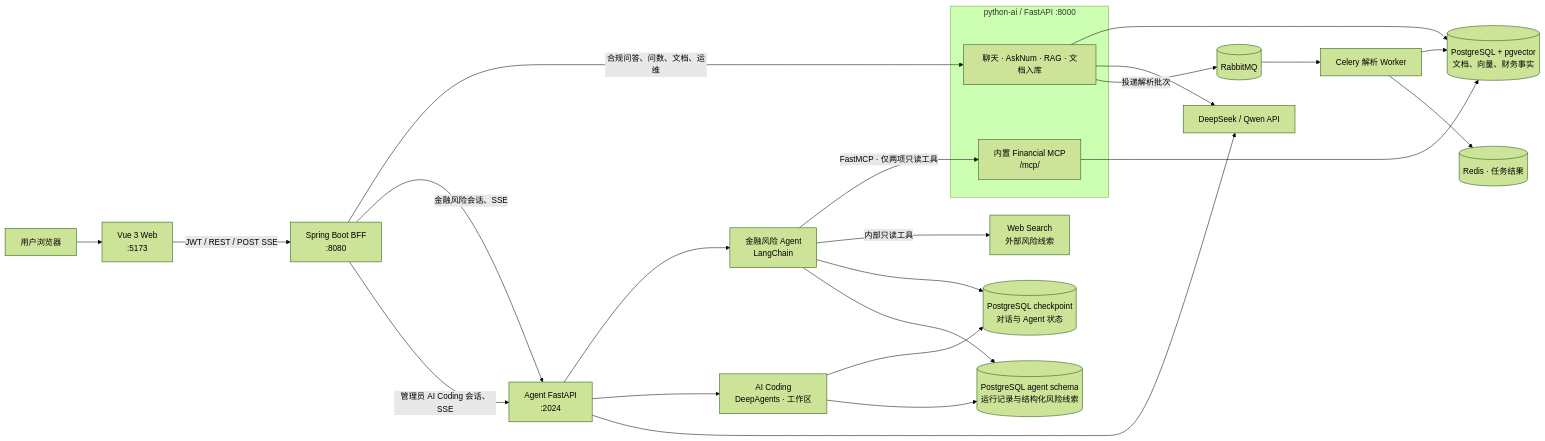
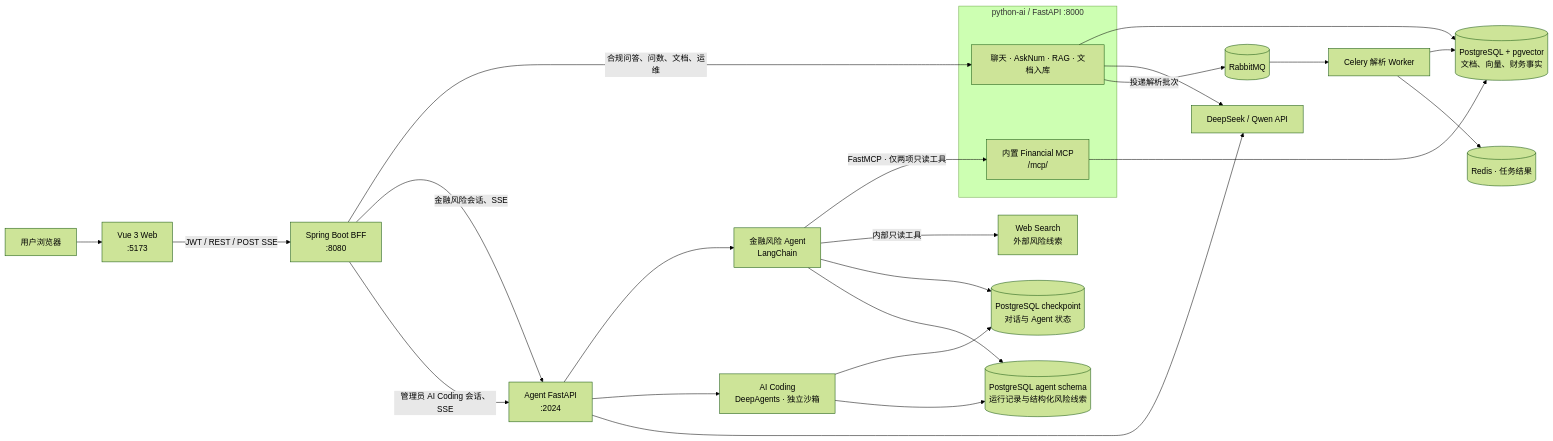
Before and after one commit to WWBQ/regops_copilot: the diagram in README.md, drawn with Mermaid (forest theme). The commit also changed other lines of this file and 31 other files, not shown here.

````diff
--- a/README.md
+++ b/README.md
@@ -33,31 +33,31 @@
 ```mermaid
 flowchart LR
     U[用户浏览器] --> WEB[Vue 3 Web<br/>:5173]
     WEB -->|JWT / REST / POST SSE| JAVA[Spring Boot BFF<br/>:8080]
 
     subgraph PYAI[python-ai / FastAPI :8000]
         PY[聊天 · AskNum · RAG · 文档入库]
         MCP[内置 Financial MCP<br/>/mcp/]
     end
 
     JAVA -->|合规问答、问数、文档、运维| PY
     JAVA -->|金融风险会话、SSE| AGENT[Agent FastAPI<br/>:2024]
     JAVA -->|管理员 AI Coding 会话、SSE| AGENT
     AGENT --> RISK[金融风险 Agent<br/>LangChain]
-    AGENT --> CODING[AI Coding<br/>DeepAgents · 工作区]
+    AGENT --> CODING[AI Coding<br/>DeepAgents · 独立沙箱]
     RISK -->|FastMCP · 仅两项只读工具| MCP
     RISK -->|内部只读工具| SEARCH[Web Search<br/>外部风险线索]
 
     PY --> PG[(PostgreSQL + pgvector<br/>文档、向量、财务事实)]
     MCP --> PG
     RISK --> CP[(PostgreSQL checkpoint<br/>对话与 Agent 状态)]
     CODING --> CP
     RISK --> BS[(PostgreSQL agent schema<br/>运行记录与结构化风险线索)]
     CODING --> BS
     PY --> LLM[DeepSeek / Qwen API]
     AGENT --> LLM
     PY -->|投递解析批次| MQ[(RabbitMQ)]
     MQ --> WORKER[Celery 解析 Worker]
     WORKER --> PG
     WORKER --> REDIS[(Redis · 任务结果)]
 ```
````
